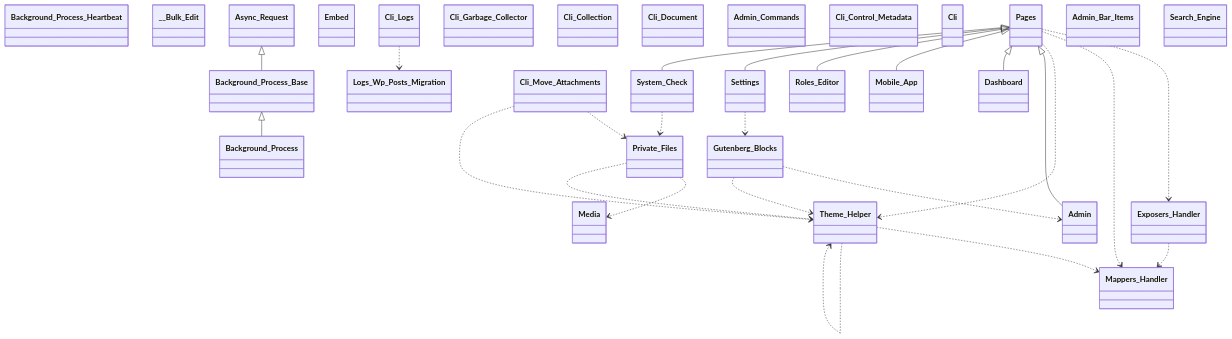
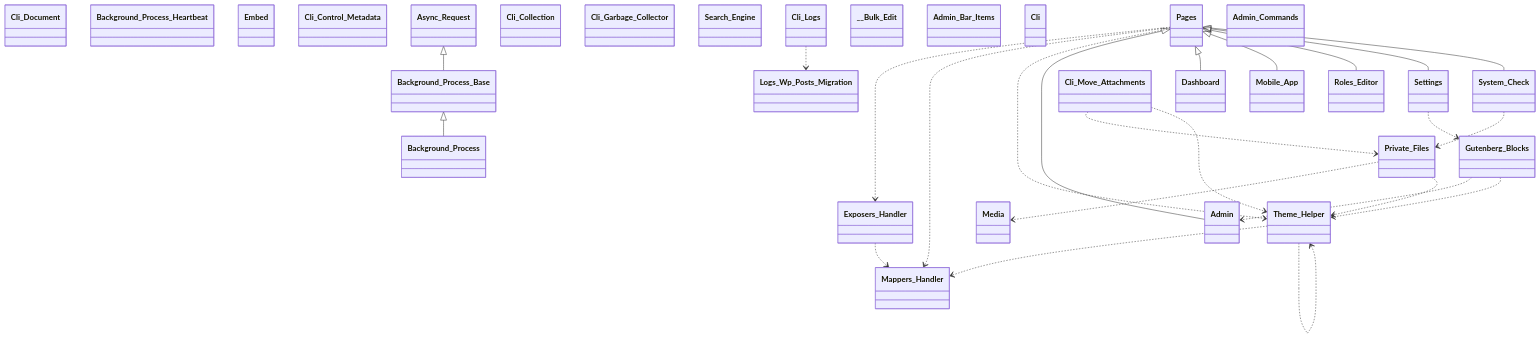
Before and after one commit to tainacan/tainacan: the first of 13 diagrams in docs/phpdoc/Home.md, drawn with Mermaid. The commit also changed other lines of this file and 69 other files, not shown here.

````diff
--- a/docs/phpdoc/Home.md
+++ b/docs/phpdoc/Home.md
@@ -125,57 +125,57 @@
 ```mermaid
 classDiagram
     direction TB
+    class Dashboard { }
+    class Exposers_Handler { }
+    class Cli_Document { }
     class Background_Process_Heartbeat { }
+    class Media { }
+    class Embed { }
+    class Admin { }
+    class Cli_Control_Metadata { }
+    class Background_Process { }
+    class Settings { }
+    class Pages { }
+    class Roles_Editor { }
+    class Cli_Collection { }
+    class Cli_Garbage_Collector { }
+    class Search_Engine { }
+    class Async_Request { }
+    class Theme_Helper { }
+    class Background_Process_Base { }
+    class Mappers_Handler { }
+    class Mobile_App { }
+    class __Bulk_Edit { }
+    class Admin_Bar_Items { }
+    class Cli { }
     class Private_Files { }
-    class __Bulk_Edit { }
-    class Async_Request { }
-    class Roles_Editor { }
-    class Mappers_Handler { }
-    class System_Check { }
-    class Embed { }
-    class Background_Process { }
-    class Cli_Move_Attachments { }
+    class Gutenberg_Blocks { }
     class Logs_Wp_Posts_Migration { }
     class Cli_Logs { }
-    class Gutenberg_Blocks { }
-    class Cli_Garbage_Collector { }
-    class Cli_Collection { }
-    class Admin { }
-    class Background_Process_Base { }
-    class Mobile_App { }
-    class Cli_Document { }
-    class Settings { }
     class Admin_Commands { }
-    class Cli_Control_Metadata { }
-    class Cli { }
-    class Theme_Helper { }
-    class Pages { }
-    class Dashboard { }
-    class Admin_Bar_Items { }
-    class Media { }
-    class Search_Engine { }
-    class Exposers_Handler { }
+    class Cli_Move_Attachments { }
+    class System_Check { }
     Async_Request <|-- Background_Process_Base
     Background_Process_Base <|-- Background_Process
     Cli_Logs ..> Logs_Wp_Posts_Migration
     Cli_Move_Attachments ..> Private_Files
     Cli_Move_Attachments ..> Theme_Helper
     Exposers_Handler ..> Mappers_Handler
     Gutenberg_Blocks ..> Admin
     Gutenberg_Blocks ..> Theme_Helper
     Pages ..> Exposers_Handler
     Pages ..> Mappers_Handler
     Pages ..> Theme_Helper
     Pages <|-- Admin
     Pages <|-- Dashboard
     Pages <|-- Mobile_App
     Pages <|-- Roles_Editor
     Pages <|-- Settings
     Pages <|-- System_Check
     Private_Files ..> Media
     Private_Files ..> Theme_Helper
     Settings ..> Gutenberg_Blocks
     System_Check ..> Private_Files
     Theme_Helper ..> Mappers_Handler
     Theme_Helper ..> Theme_Helper
 ```
````
